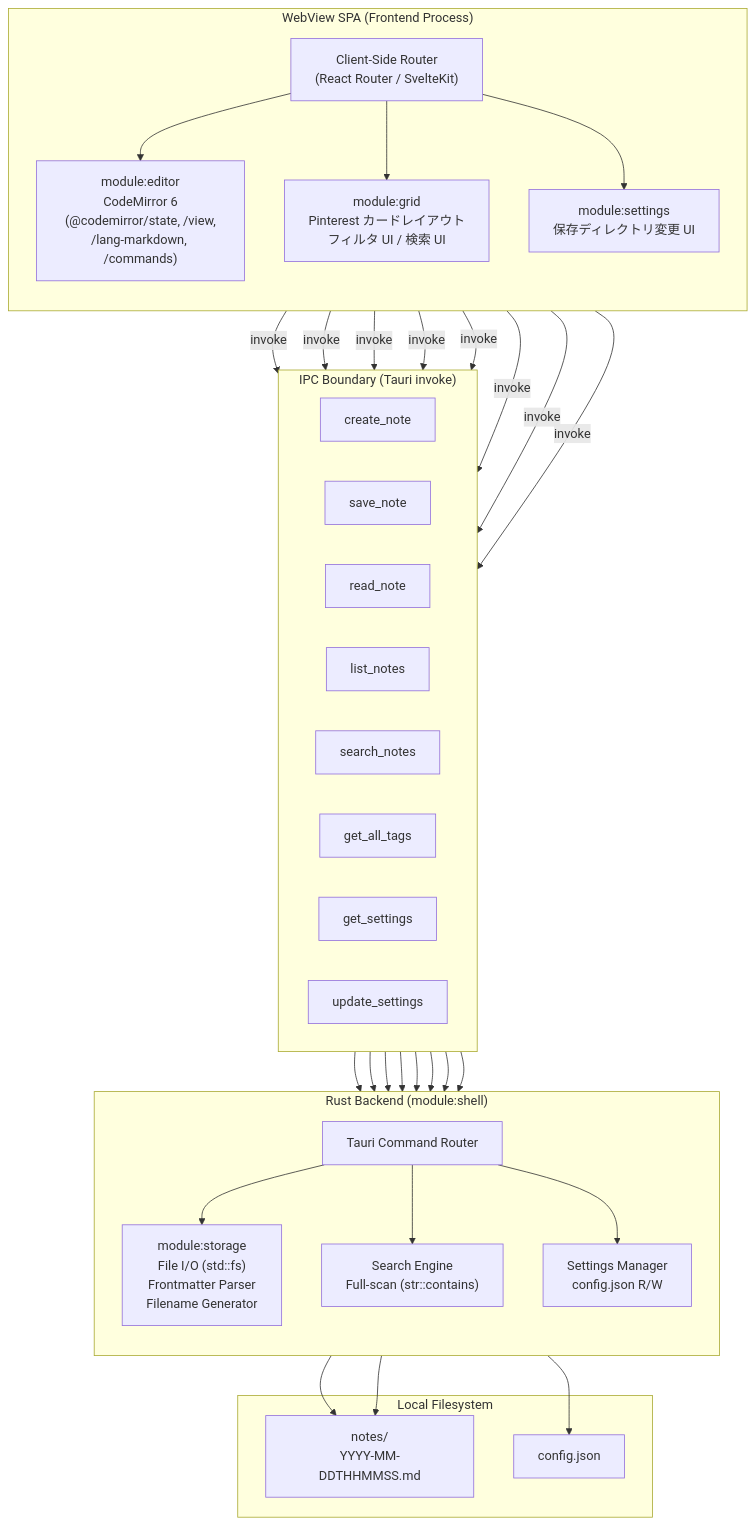
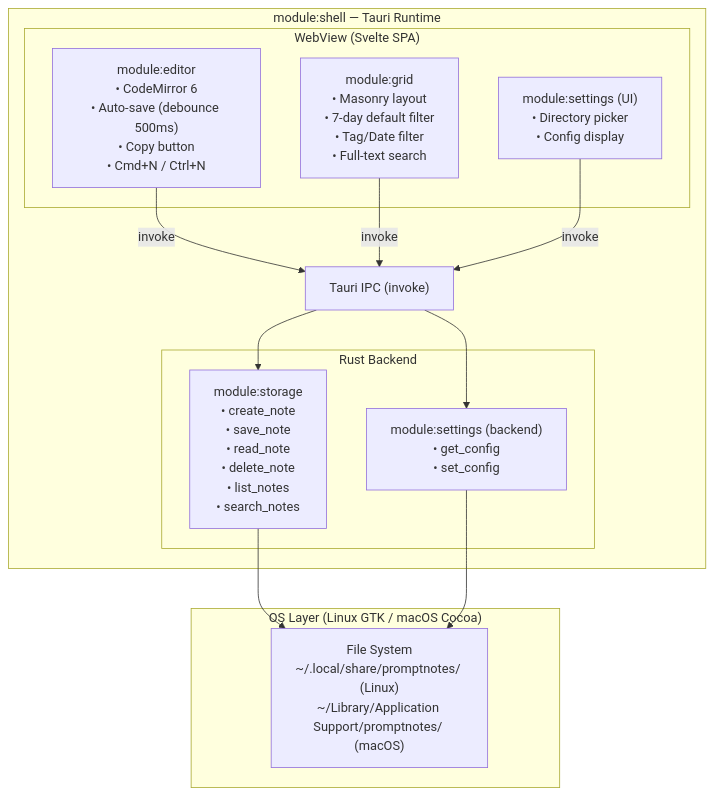
One commit to dev-komenzar/prompt-notes changed the first of 3 diagrams in docs/detailed_design/component_architecture.md. Above: the diagram before and after it, drawn with Mermaid. The commit also changed other lines of this file and 6 other files, not shown here.

First line of the commit message:
Resolve OQ-001: adopt Svelte as frontend framework

````diff
--- a/docs/detailed_design/component_architecture.md
+++ b/docs/detailed_design/component_architecture.md
@@ -58,65 +55,29 @@
 ```mermaid
 graph TB
-    subgraph "WebView SPA (Frontend Process)"
-        direction TB
-        EditorUI["module:editor<br/>CodeMirror 6<br/>(@codemirror/state, /view,<br/>/lang-markdown, /commands)"]
-        GridUI["module:grid<br/>Pinterest カードレイアウト<br/>フィルタ UI / 検索 UI"]
-        SettingsUI["module:settings<br/>保存ディレクトリ変更 UI"]
-        Router["Client-Side Router<br/>(React Router / SvelteKit)"]
-
-        Router --> EditorUI
-        Router --> GridUI
-        Router --> SettingsUI
+    subgraph OS["OS Layer (Linux GTK / macOS Cocoa)"]
+        FS["File System<br/>~/.local/share/promptnotes/ (Linux)<br/>~/Library/Application Support/promptnotes/ (macOS)"]
     end
 
-    subgraph "IPC Boundary (Tauri invoke)"
-        direction LR
-        IPC_create["create_note"]
-        IPC_save["save_note"]
-        IPC_read["read_note"]
-        IPC_list["list_notes"]
-        IPC_search["search_notes"]
-        IPC_tags["get_all_tags"]
-        IPC_getset["get_settings"]
-        IPC_updset["update_settings"]
+    subgraph TauriShell["module:shell — Tauri Runtime"]
+        subgraph RustBackend["Rust Backend"]
+            Storage["module:storage<br/>• create_note<br/>• save_note<br/>• read_note<br/>• delete_note<br/>• list_notes<br/>• search_notes"]
+            Settings["module:settings (backend)<br/>• get_config<br/>• set_config"]
+        end
+
+        subgraph WebView["WebView (Svelte SPA)"]
+            Editor["module:editor<br/>• CodeMirror 6<br/>• Auto-save (debounce 500ms)<br/>• Copy button<br/>• Cmd+N / Ctrl+N"]
+            Grid["module:grid<br/>• Masonry layout<br/>• 7-day default filter<br/>• Tag/Date filter<br/>• Full-text search"]
+            SettingsUI["module:settings (UI)<br/>• Directory picker<br/>• Config display"]
+        end
+
+        IPC["Tauri IPC (invoke)"]
     end
 
-    subgraph "Rust Backend (module:shell)"
-        direction TB
-        CmdRouter["Tauri Command Router"]
-        StorageMod["module:storage<br/>File I/O (std::fs)<br/>Frontmatter Parser<br/>Filename Generator"]
-        SearchMod["Search Engine<br/>Full-scan (str::contains)"]
-        SettingsMod["Settings Manager<br/>config.json R/W"]
-    end
-
-    subgraph "Local Filesystem"
-        NotesDir["notes/<br/>YYYY-MM-DDTHHMMSS.md"]
-        ConfigFile["config.json"]
-    end
-
-    EditorUI -->|"invoke"| IPC_create
-    EditorUI -->|"invoke"| IPC_save
-    EditorUI -->|"invoke"| IPC_read
-    GridUI -->|"invoke"| IPC_list
-    GridUI -->|"invoke"| IPC_search
-    GridUI -->|"invoke"| IPC_tags
-    SettingsUI -->|"invoke"| IPC_getset
-    SettingsUI -->|"invoke"| IPC_updset
-
-    IPC_create --> CmdRouter
-    IPC_save --> CmdRouter
-    IPC_read --> CmdRouter
-    IPC_list --> CmdRouter
-    IPC_search --> CmdRouter
-    IPC_tags --> CmdRouter
-    IPC_getset --> CmdRouter
-    IPC_updset --> CmdRouter
-
-    CmdRouter --> StorageMod
-    CmdRouter --> SearchMod
-    CmdRouter --> SettingsMod
-
-    StorageMod --> NotesDir
-    SearchMod --> NotesDir
-    SettingsMod --> ConfigFile
+    Editor -->|invoke| IPC
+    Grid -->|invoke| IPC
+    SettingsUI -->|invoke| IPC
+    IPC --> Storage
+    IPC --> Settings
+    Storage --> FS
+    Settings --> FS
 ```
````
